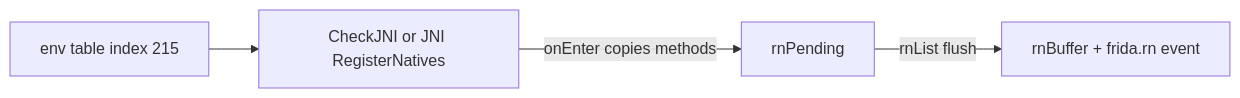
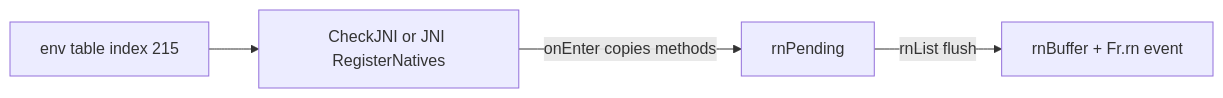
One commit to rizinorg/rz-frida changed the second of 2 diagrams in docs/under_the_hood/under_the_hood.qmd. Above: the diagram before and after it, drawn with Mermaid. The commit also changed other lines of this file and 53 other files, not shown here.

````diff
--- a/docs/under_the_hood/under_the_hood.qmd
+++ b/docs/under_the_hood/under_the_hood.qmd
@@ -92,6 +92,6 @@
 ```{mermaid}
 flowchart LR
     A[env table index 215] --> B[CheckJNI or JNI RegisterNatives]
     B -->|onEnter copies methods| C[rnPending]
-    C -->|rnList flush| D[rnBuffer + frida.rn event]
+    C -->|rnList flush| D[rnBuffer + Fr.rn event]
 ```
````
